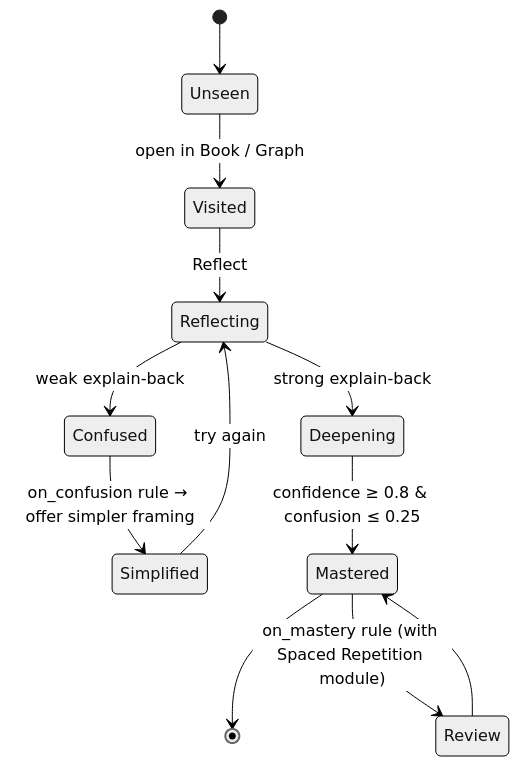
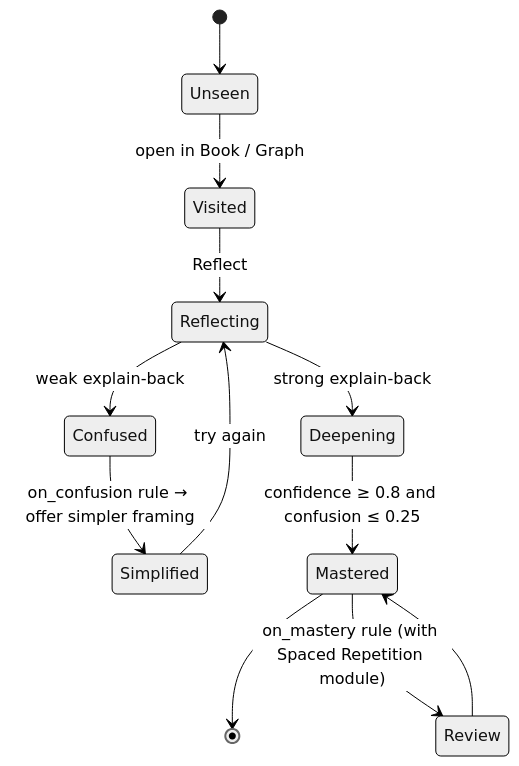
One commit to ZachBach/IKOS changed the third of 4 diagrams in README.md. Above: the diagram before and after it, drawn with Mermaid (neutral theme). The commit also changed other lines of this file, not shown here.

````diff
--- a/README.md
+++ b/README.md
@@ -107,14 +107,14 @@
 ```mermaid
 stateDiagram-v2
     [*] --> Unseen
     Unseen --> Visited: open in Book / Graph
     Visited --> Reflecting: Reflect
     Reflecting --> Deepening: strong explain-back
     Reflecting --> Confused: weak explain-back
     Confused --> Simplified: on_confusion rule → offer simpler framing
     Simplified --> Reflecting: try again
-    Deepening --> Mastered: confidence ≥ 0.8 & confusion ≤ 0.25
+    Deepening --> Mastered: confidence ≥ 0.8 and confusion ≤ 0.25
     Mastered --> [*]
     Mastered --> Review: on_mastery rule (with Spaced Repetition module)
     Review --> Mastered
 ```
````
